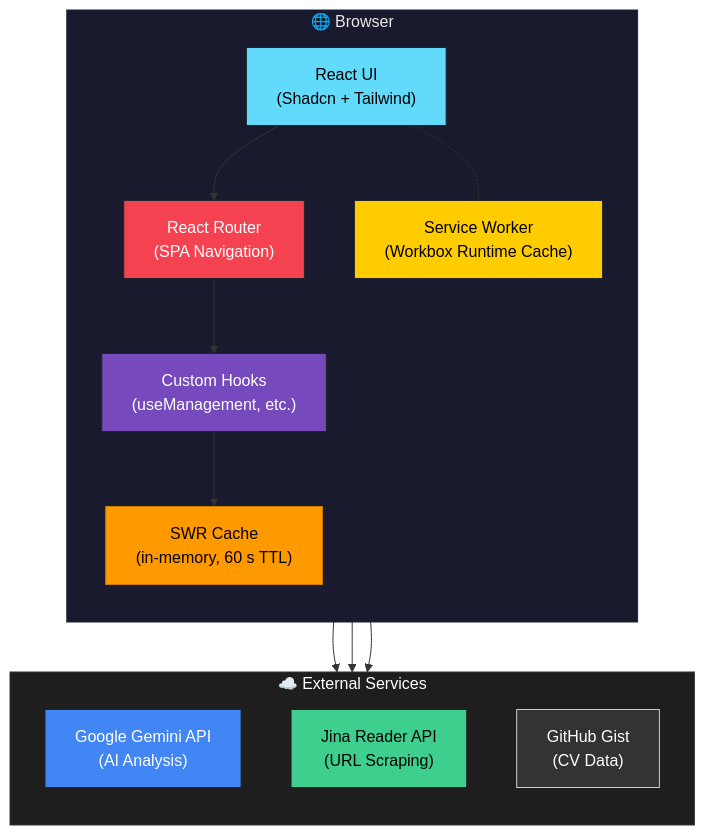
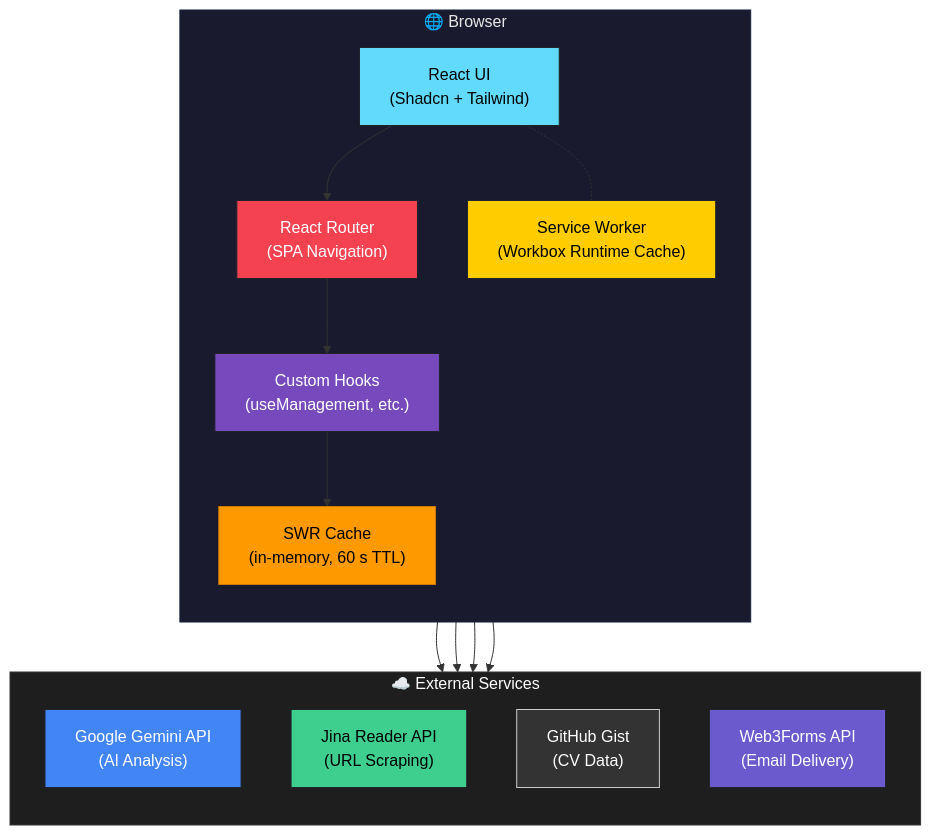
The first of 2 diagrams in documentation/ARCHITECTURE.md (nrajesh/dew-drops), drawn with Mermaid before and after one commit. The commit also changed 1 other file, not shown here.

Commit message:
docs: update architecture and readme to include web3forms

````diff
--- a/documentation/ARCHITECTURE.md
+++ b/documentation/ARCHITECTURE.md
@@ -28,38 +28,41 @@
 ```mermaid
 graph TB
     subgraph Browser["🌐 Browser"]
         direction TB
         UI["React UI<br/>(Shadcn + Tailwind)"]
         Router["React Router<br/>(SPA Navigation)"]
         Hooks["Custom Hooks<br/>(useManagement, etc.)"]
         SWRCache["SWR Cache<br/>(in-memory, 60 s TTL)"]
         PWA["Service Worker<br/>(Workbox Runtime Cache)"]
     end
 
     subgraph External["☁️ External Services"]
         direction TB
         AI["Google Gemini API<br/>(AI Analysis)"]
         Jina["Jina Reader API<br/>(URL Scraping)"]
         Gist["GitHub Gist<br/>(CV Data)"]
+        Web3Forms["Web3Forms API<br/>(Email Delivery)"]
     end
 
     UI --> Router
     Router --> Hooks
     Hooks --> SWRCache
     Hooks --> AI
     Hooks --> Jina
     Hooks --> Gist
+    Hooks --> Web3Forms
     UI -.- PWA
 
     style Browser fill:#1a1a2e,stroke:#16213e,color:#e8e8e8
     style UI fill:#61DAFB,stroke:#20232A,color:#000
     style Router fill:#f44250,stroke:#20232A,color:#fff
     style Hooks fill:#764abc,stroke:#20232A,color:#fff
     style SWRCache fill:#ff9900,stroke:#cc7a00,color:#000
     style PWA fill:#ffcc00,stroke:#20232A,color:#000
     
     style External fill:#1e1e1e,stroke:#333,color:#fff
     style AI fill:#4285F4,stroke:#20232A,color:#fff
     style Jina fill:#3ECF8E,stroke:#20232A,color:#000
     style Gist fill:#333,stroke:#ccc,color:#fff
+    style Web3Forms fill:#6a5acd,stroke:#20232A,color:#fff
 ```
````
